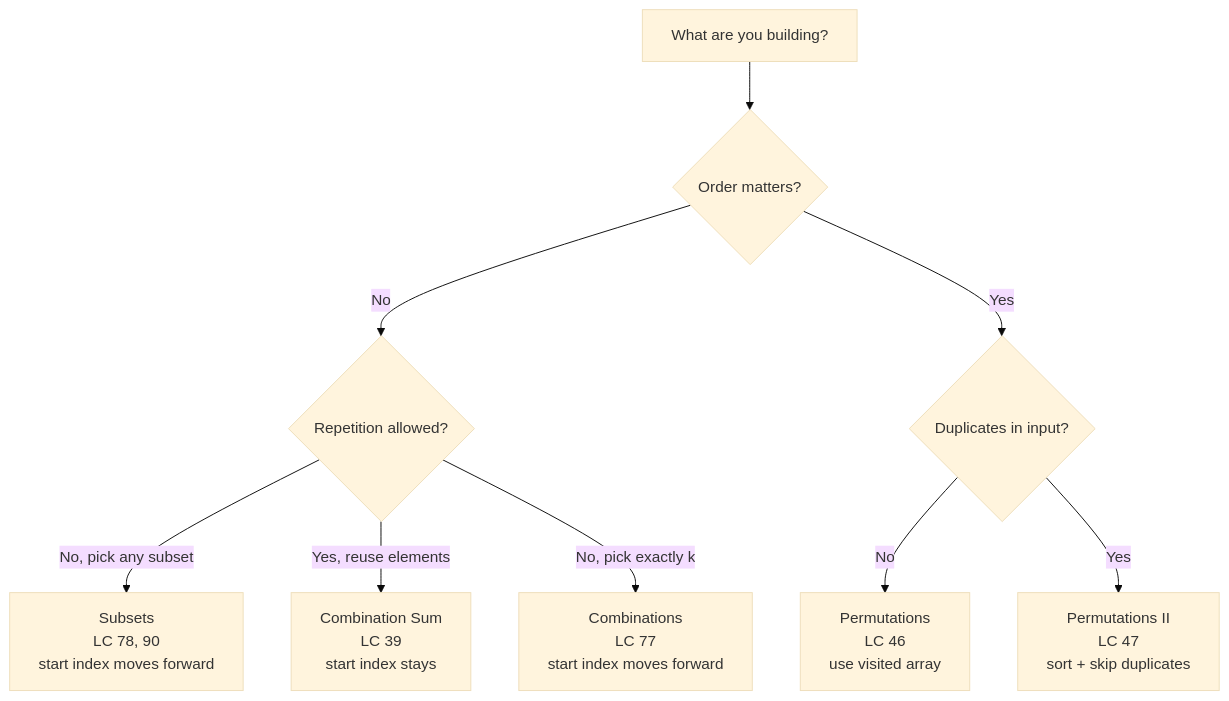
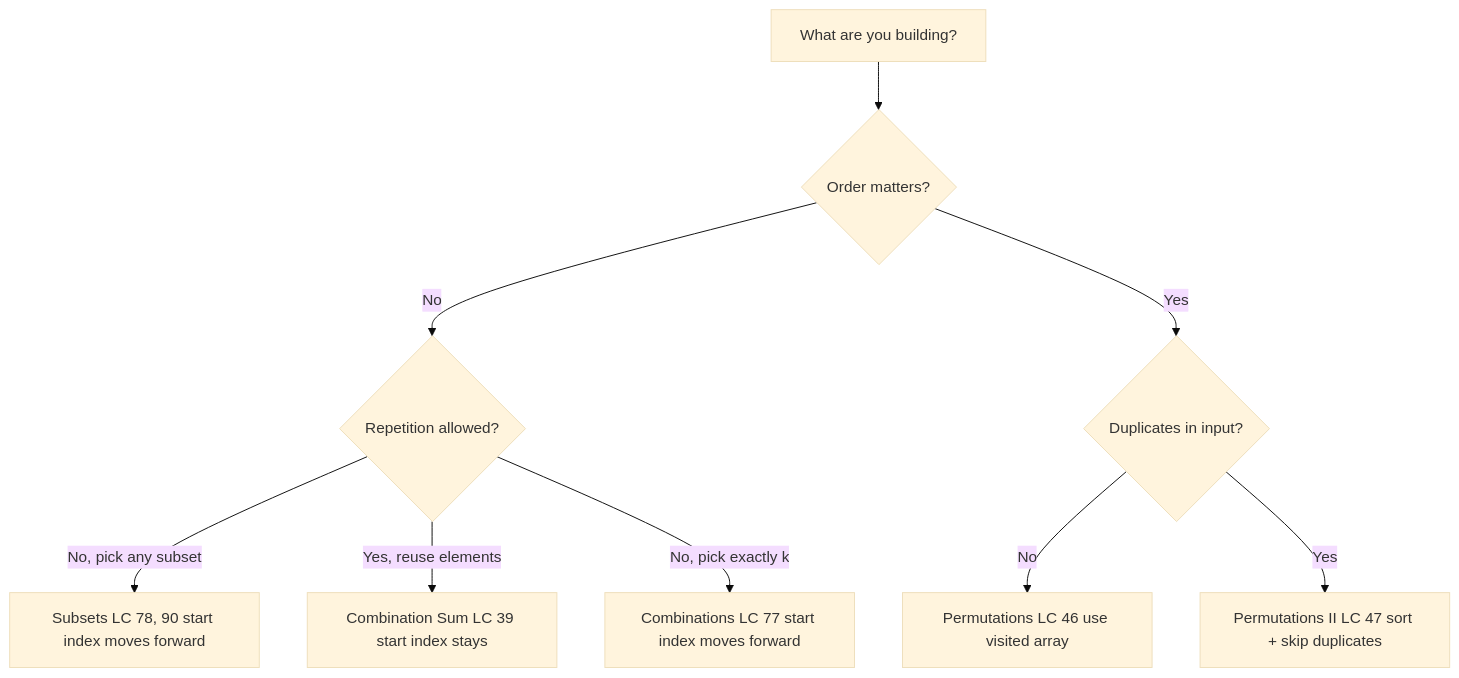
The third of 7 diagrams in backtracking/README.md (deepanshu-rawat6/AlgoAtlas), drawn with Mermaid (base theme) before and after one commit. The commit also changed other lines of this file and 13 other files, not shown here.

````diff
--- a/backtracking/README.md
+++ b/backtracking/README.md
@@ -84,11 +84,11 @@
 ```mermaid
 flowchart TD
     A[What are you building?] --> B{"Order matters?"}
     B -- No --> C{"Repetition allowed?"}
     B -- Yes --> D{"Duplicates in input?"}
-    C -- No, pick any subset --> E[Subsets<br>LC 78, 90<br>start index moves forward]
-    C -- Yes, reuse elements --> F[Combination Sum<br>LC 39<br>start index stays]
-    C -- No, pick exactly k --> G[Combinations<br>LC 77<br>start index moves forward]
-    D -- No --> H[Permutations<br>LC 46<br>use visited array]
-    D -- Yes --> I[Permutations II<br>LC 47<br>sort + skip duplicates]
+    C -- No, pick any subset --> E[Subsets LC 78, 90 start index moves forward]
+    C -- Yes, reuse elements --> F[Combination Sum LC 39 start index stays]
+    C -- No, pick exactly k --> G[Combinations LC 77 start index moves forward]
+    D -- No --> H[Permutations LC 46 use visited array]
+    D -- Yes --> I[Permutations II LC 47 sort + skip duplicates]
 ```
````
